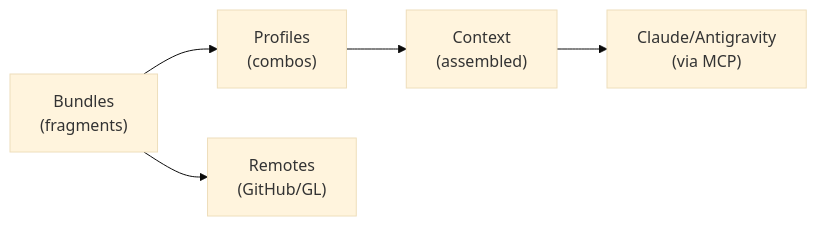
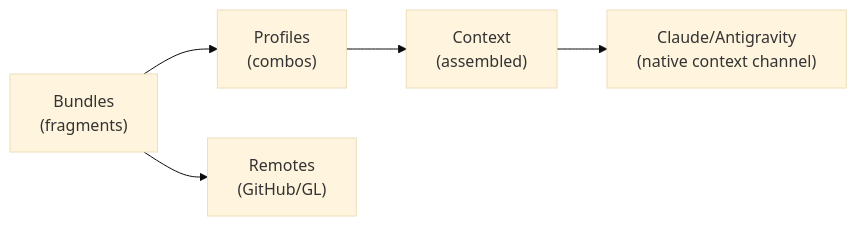
One commit to ctxloom/ctxloom changed the diagram in website/src/content/docs/index.mdx. Above: the diagram before and after it, drawn with Mermaid (base theme). The commit also changed other lines of this file and 324 other files, not shown here.

````diff
--- a/website/src/content/docs/index.mdx
+++ b/website/src/content/docs/index.mdx
@@ -117,7 +123,7 @@
 ```mermaid
 flowchart LR
     Bundles["Bundles<br/>(fragments)"] --> Profiles["Profiles<br/>(combos)"]
     Profiles --> Context["Context<br/>(assembled)"]
     Bundles --> Remotes["Remotes<br/>(GitHub/GL)"]
-    Context --> AI["Claude/Antigravity<br/>(via MCP)"]
+    Context --> AI["Claude/Antigravity<br/>(native context channel)"]
 ```
````
